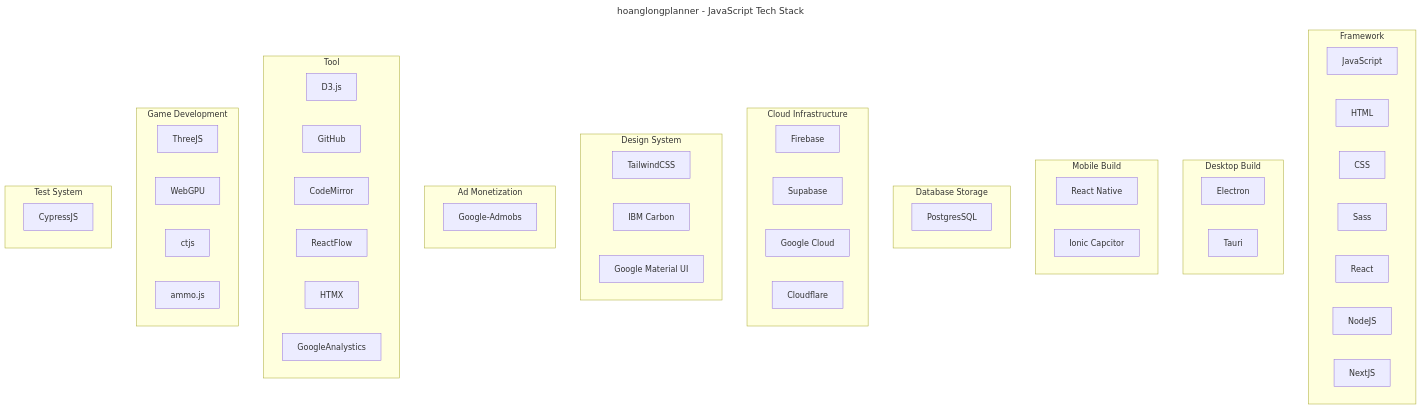
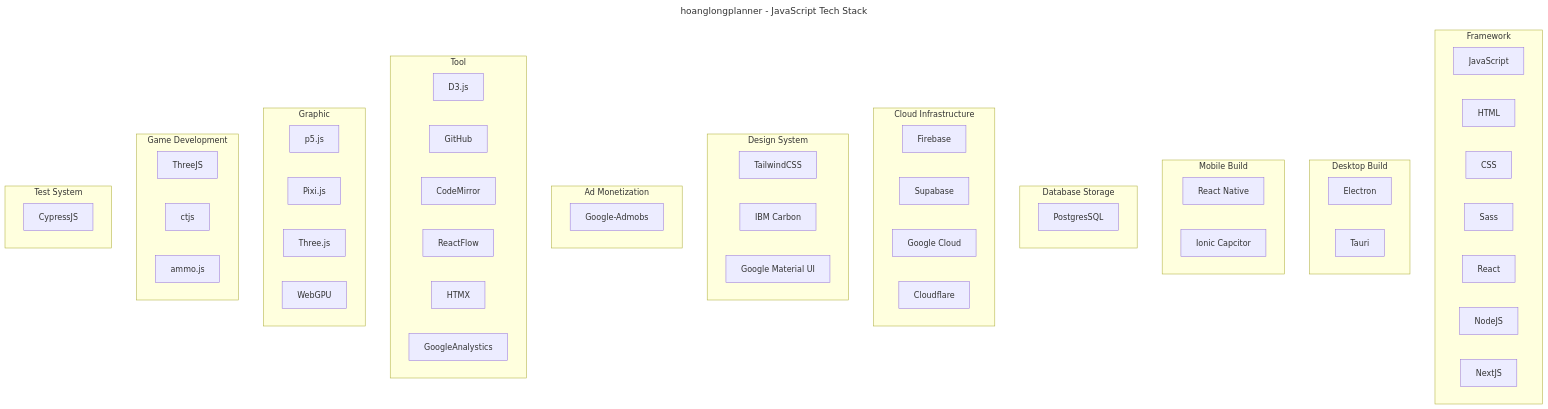
Before and after one commit to hoanglongplanner/blog: the diagram in src/20231021-techstack/hoanglongplanner - techstack.md, drawn with Mermaid.

Commit message:
Update hoanglongplanner - techstack.md

````diff
--- a/src/20231021-techstack/hoanglongplanner - techstack.md
+++ b/src/20231021-techstack/hoanglongplanner - techstack.md
@@ -14,68 +14,75 @@
 ```mermaid
 ---
 title: hoanglongplanner - JavaScript Tech Stack
 ---
 flowchart TB
     
     subgraph Framework
     A000[JavaScript]
     A001[HTML]
     A002[CSS]
     A003[Sass]
     A004[React]
     A005[NodeJS]
     A006[NextJS]
     end
 
     subgraph Desktop Build    
     B000[Electron]    
     B001[Tauri]    
     end
 
     subgraph Mobile Build    
     C000[React Native]
     C001[Ionic Capcitor]
     end
 
     subgraph Database Storage
     D000[PostgresSQL]
     end
 
     subgraph Cloud Infrastructure
     E000[Firebase]
     E001[Supabase]
     E002[Google Cloud]
     E003[Cloudflare]
     end
 
     subgraph Design System
     G000[TailwindCSS]
     G001[IBM Carbon]
     G002[Google Material UI]    
     end
 
     subgraph Ad Monetization
     Google-Admobs
     end
 
     subgraph Tool
     D3.js
     GitHub
     CodeMirror
     ReactFlow
     HTMX
     GoogleAnalystics
     end
 
+    subgraph Graphic
+    p5.js
+    Pixi.js
+    Three.js
+    WebGPU    
+    end
+
     subgraph Game Development
     ThreeJS
     WebGPU
     ctjs
     ammo.js
     end
 
     subgraph Test System
     CypressJS
     end    
 
 ```
````
